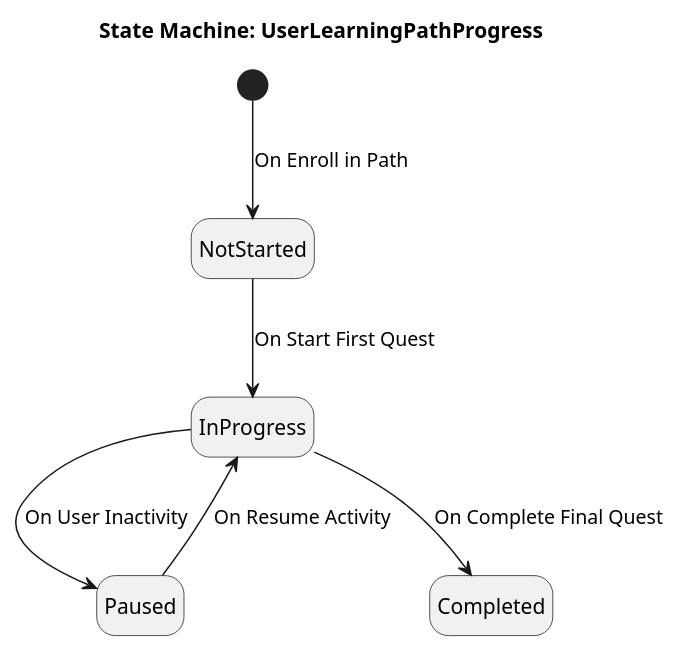
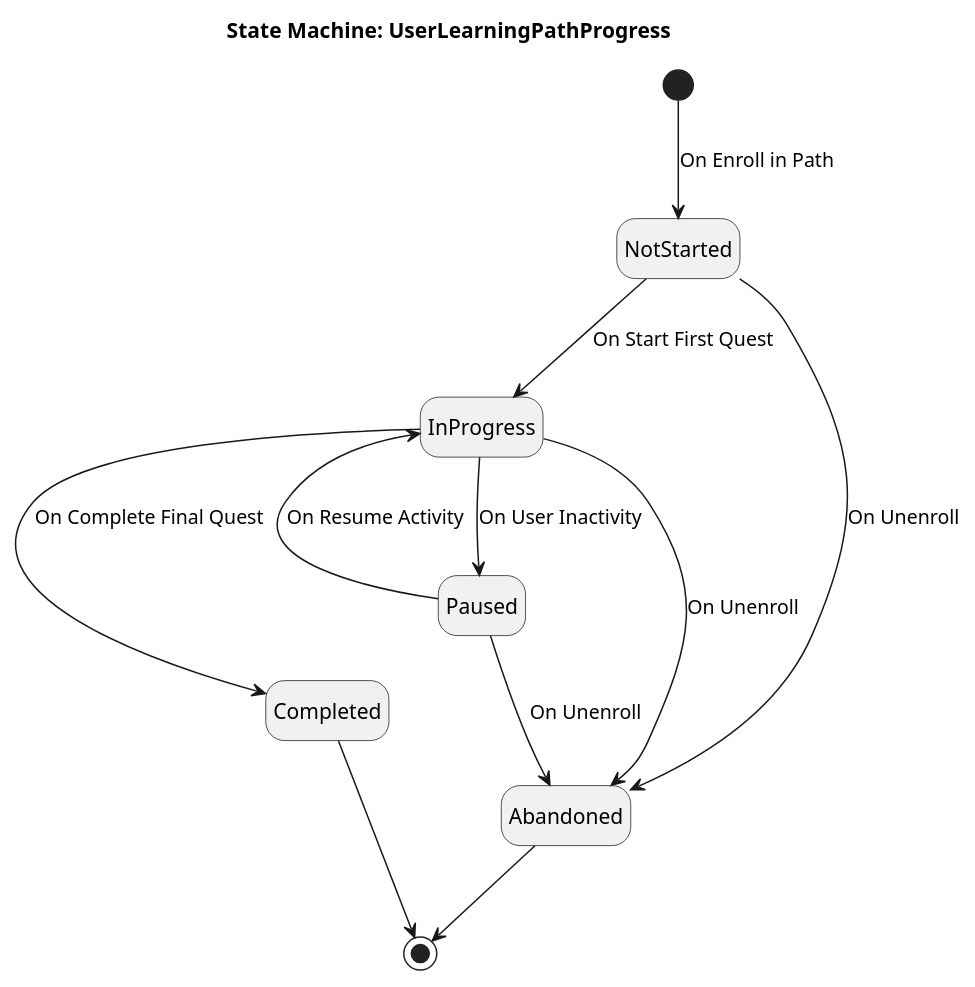
One commit to FA25SE050-RogueLearn/RogueLearn.BMAD.Documentation changed the diagram in docs/srs/diagrams/state-machines/quest-services/user-learning-path-progress-state-machine.puml. Above: the diagram before and after it, drawn with PlantUML. The commit also changed 8 other files, not shown here.

Commit message:
update diagrams

```diff
--- a/docs/srs/diagrams/state-machines/quest-services/user-learning-path-progress-state-machine.puml
+++ b/docs/srs/diagrams/state-machines/quest-services/user-learning-path-progress-state-machine.puml
@@ -2,25 +2,25 @@
 @startuml
-
 title "State Machine: UserLearningPathProgress"
 hide empty description
 
 [*] --> NotStarted : On Enroll in Path
 
 state NotStarted
-
-
 state InProgress
-
-
 state Paused
-
-
 state Completed
-
+state Abandoned
 
 NotStarted --> InProgress : On Start First Quest
 InProgress --> Paused : On User Inactivity
 InProgress --> Completed : On Complete Final Quest
 Paused --> InProgress : On Resume Activity
 
+NotStarted --> Abandoned : On Unenroll
+InProgress --> Abandoned : On Unenroll
+Paused --> Abandoned : On Unenroll
+
+Completed --> [*]
+Abandoned --> [*]
+
 @enduml
```
